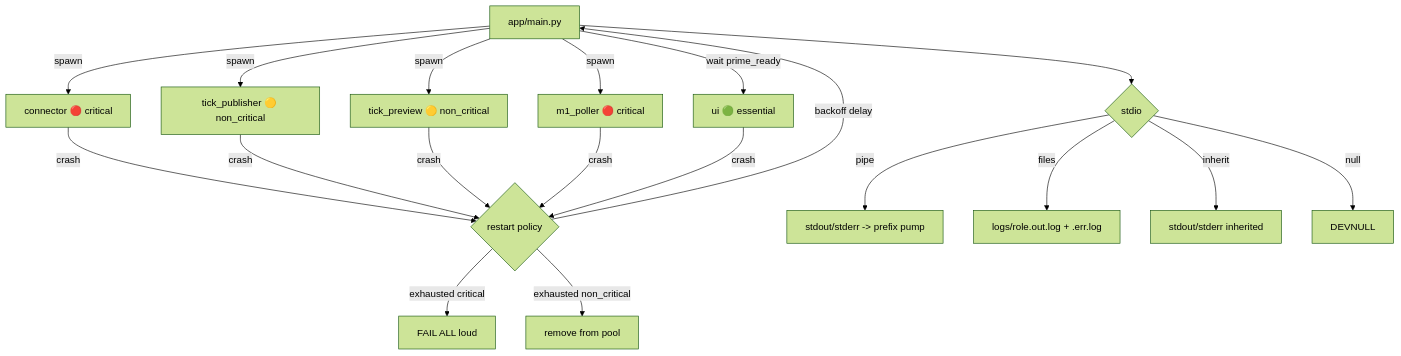
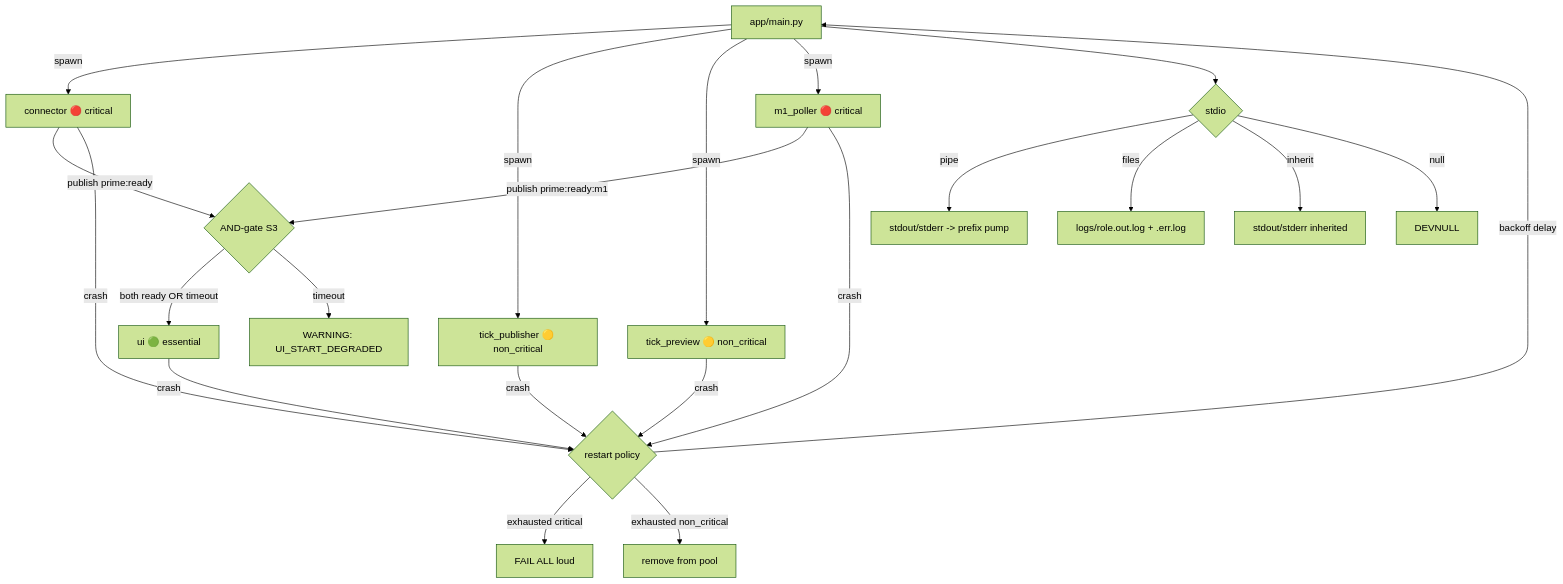
The tenth of 13 diagrams in docs/system_current_overview.md (Std07-1/v3), drawn with Mermaid (forest theme) before and after one commit. The commit also changed other lines of this file and 58 other files, not shown here.

First line of the commit message:
feat: implement chart engine and overlay rendering for UI v4

````diff
--- a/docs/system_current_overview.md
+++ b/docs/system_current_overview.md
@@ -474,21 +474,24 @@
 ```mermaid
 flowchart TD
     A[app/main.py] -->|spawn| B[connector 🔴 critical]
     A -->|spawn| C[tick_publisher 🟡 non_critical]
     A -->|spawn| D[tick_preview 🟡 non_critical]
     A -->|spawn| E[m1_poller 🔴 critical]
-    A -->|wait prime_ready| F[ui 🟢 essential]
+    B -->|publish prime:ready| PR{AND-gate S3}
+    E -->|publish prime:ready:m1| PR
+    PR -->|both ready OR timeout| F[ui 🟢 essential]
+    PR -->|timeout| W[WARNING: UI_START_DEGRADED]
     B -->|crash| R{restart policy}
     C -->|crash| R
     D -->|crash| R
     E -->|crash| R
     F -->|crash| R
     R -->|backoff delay| A
     R -->|exhausted critical| X[FAIL ALL loud]
     R -->|exhausted non_critical| Y[remove from pool]
     A --> G{stdio}
     G -->|pipe| H[stdout/stderr -> prefix pump]
     G -->|files| I[logs/role.out.log + .err.log]
     G -->|inherit| J[stdout/stderr inherited]
     G -->|null| K[DEVNULL]
 ```
````
